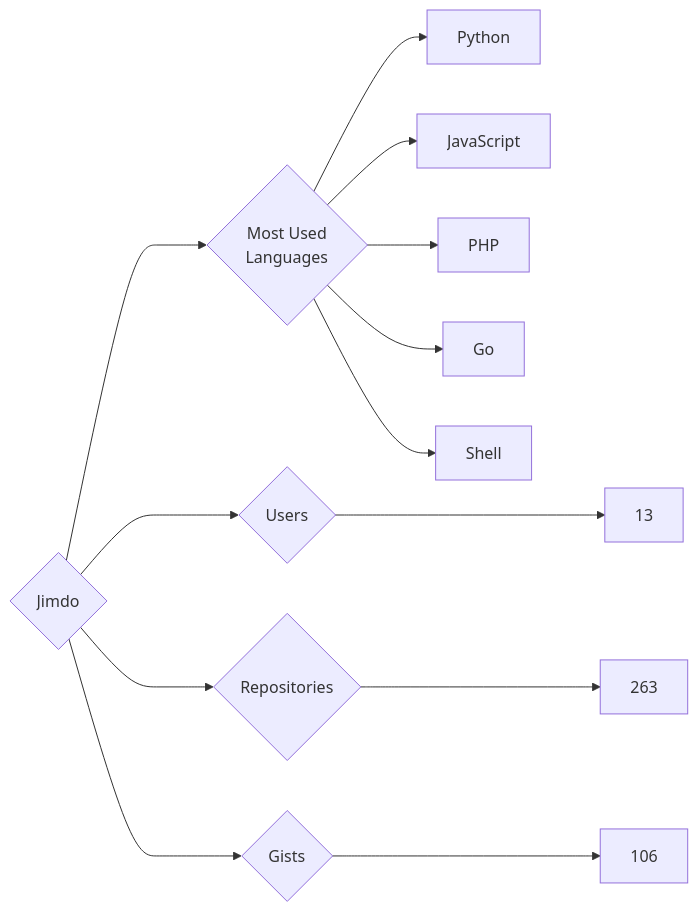
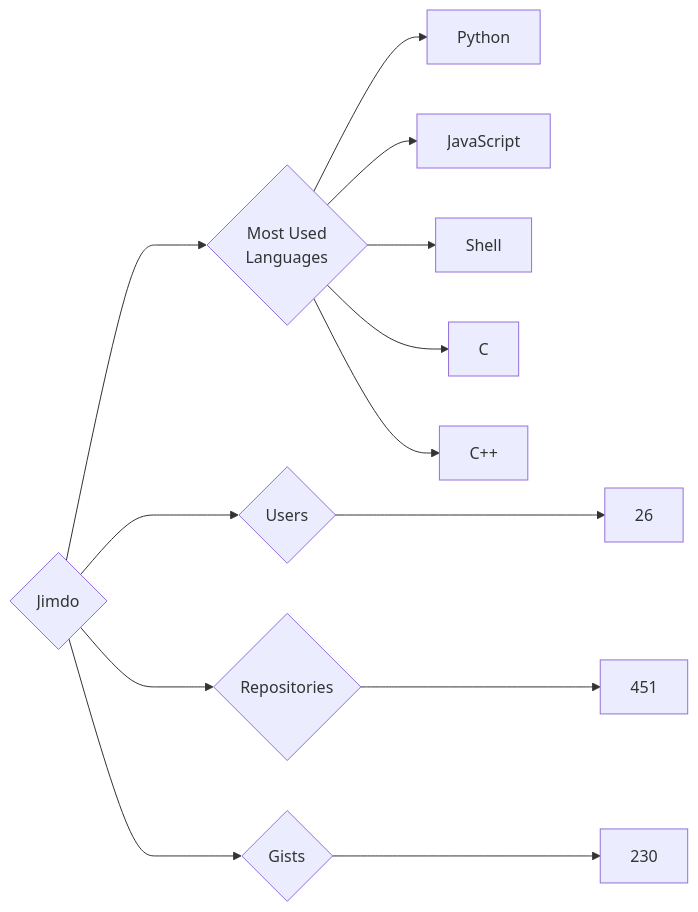
The diagram in targets/Jimdo/README.md (trickest/insiders), drawn with Mermaid before and after one commit. The commit also changed 944 other files, not shown here.

````diff
--- a/targets/Jimdo/README.md
+++ b/targets/Jimdo/README.md
@@ -3,13 +3,13 @@
 ```mermaid
 graph LR
 COMPANY_NAME{Jimdo}
-COMPANY_NAME ---> U{Users} ---> UN[13]
-COMPANY_NAME ---> R{Repositories} ---> RN[263]
-COMPANY_NAME ---> G{Gists} ---> GN[106]
+COMPANY_NAME ---> U{Users} ---> UN[26]
+COMPANY_NAME ---> R{Repositories} ---> RN[451]
+COMPANY_NAME ---> G{Gists} ---> GN[230]
 COMPANY_NAME ---> ML{Most Used<br>Languages}
 ML --> Python[Python]
 ML --> JavaScript[JavaScript]
-ML --> PHP[PHP]
-ML --> Go[Go]
 ML --> Shell[Shell]
+ML --> C[C]
+ML --> C++[C++]
 ```
````
